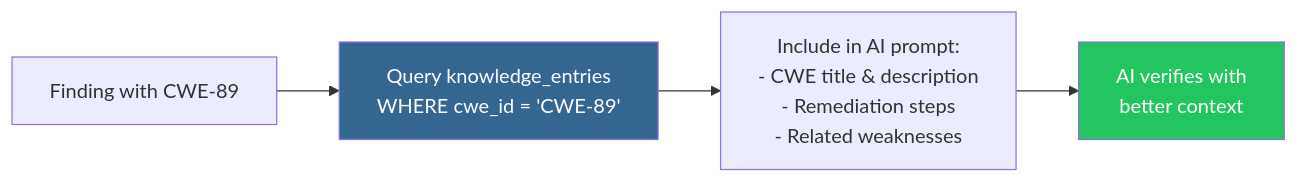
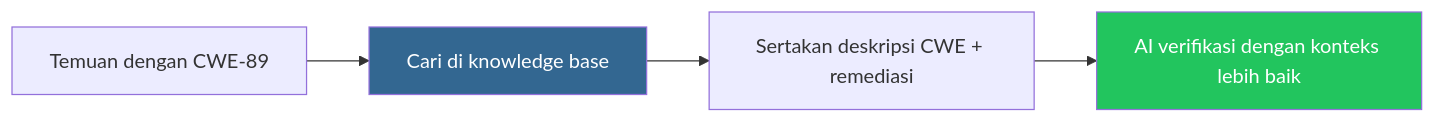
One commit to raihanachmad8/sast-integration changed the diagram in docs/site/content/features/knowledge-base.md. Above: the diagram before and after it, drawn with Mermaid. The commit also changed other lines of this file and 52 other files, not shown here.

````diff
--- a/docs/site/content/features/knowledge-base.md
+++ b/docs/site/content/features/knowledge-base.md
@@ -72,9 +28,9 @@
 ```mermaid
 flowchart LR
-    A["Finding with CWE-89"] --> B["Query knowledge_entries<br/>WHERE cwe_id = 'CWE-89'"]
-    B --> C["Include in AI prompt:<br/>- CWE title & description<br/>- Remediation steps<br/>- Related weaknesses"]
-    C --> D["AI verifies with<br/>better context"]
+    A["Temuan dengan CWE-89"] --> B["Cari di knowledge base"]
+    B --> C["Sertakan deskripsi CWE + remediasi"]
+    C --> D["AI verifikasi dengan konteks lebih baik"]
 
     style B fill:#336791,color:#fff
     style D fill:#22c55e,color:#fff
 ```
````
